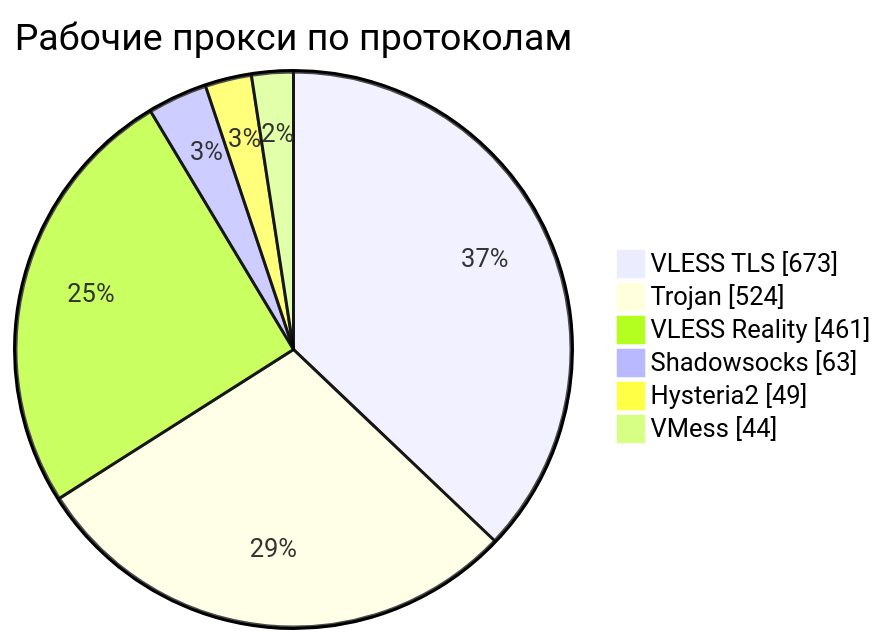
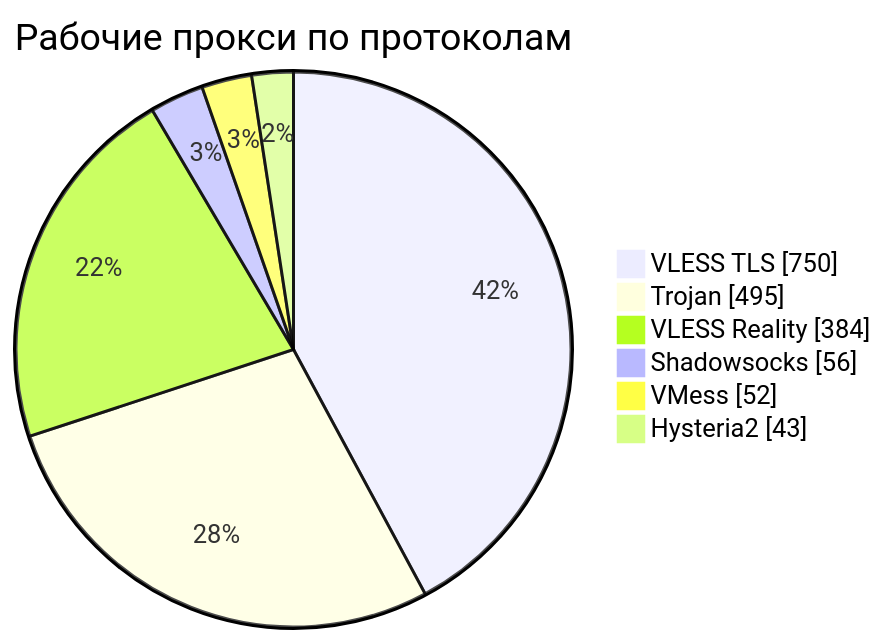
One commit to rvvg/proxy-subs changed the third of 4 diagrams in README.md. Above: the diagram before and after it, drawn with Mermaid. The commit also changed other lines of this file and 54 other files, not shown here.

````diff
--- a/README.md
+++ b/README.md
@@ -143,10 +136,10 @@
 ```mermaid
 pie showData
     title Рабочие прокси по протоколам
-    "VLESS TLS" : 673
-    "Trojan" : 524
-    "VLESS Reality" : 461
-    "Shadowsocks" : 63
-    "Hysteria2" : 49
-    "VMess" : 44
+    "VLESS TLS" : 750
+    "Trojan" : 495
+    "VLESS Reality" : 384
+    "Shadowsocks" : 56
+    "VMess" : 52
+    "Hysteria2" : 43
 ```
````
